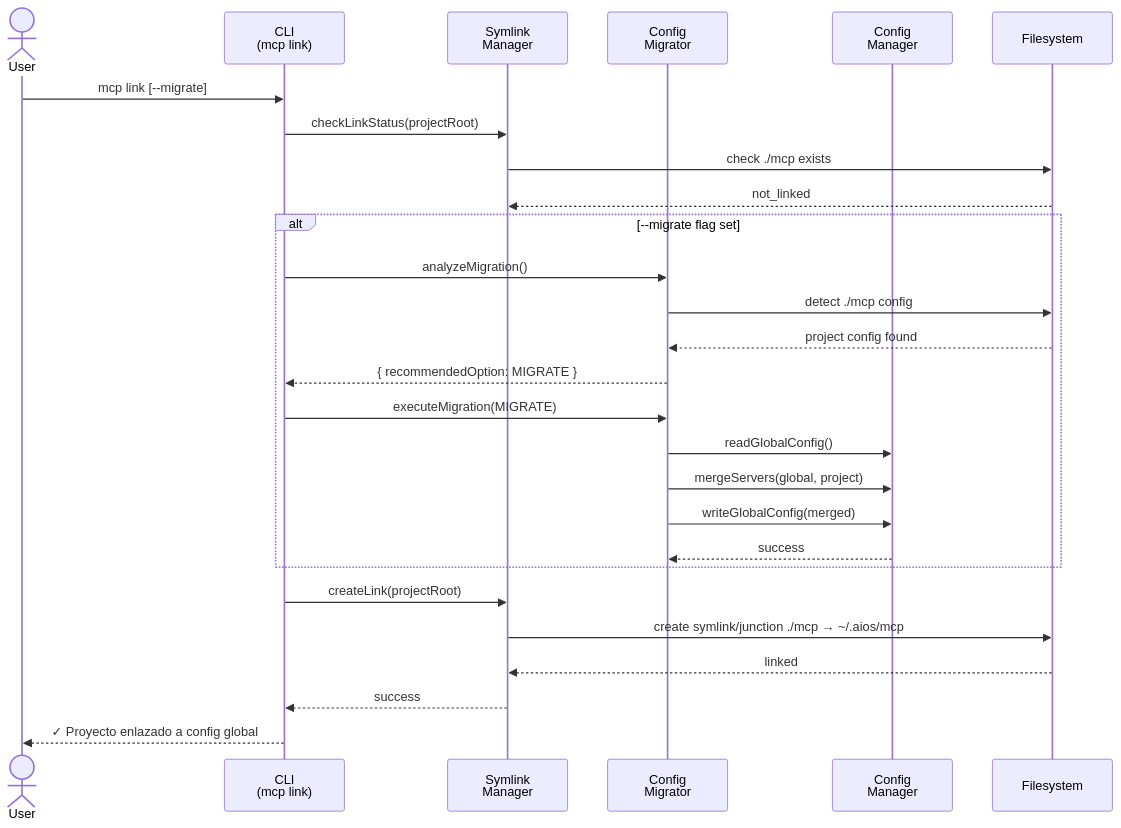
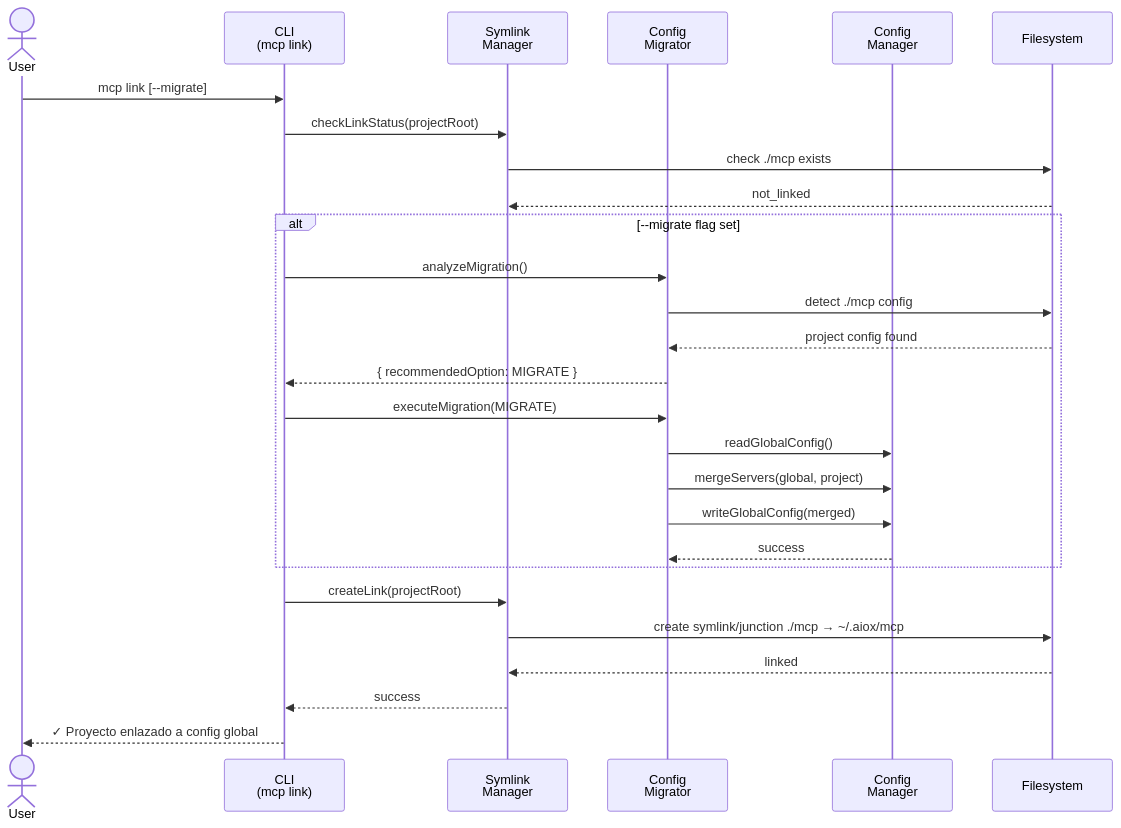
Before and after one commit to brunajunckes/aiox-core: the second of 2 diagrams in docs/es/architecture/mcp-system-diagrams.md, drawn with Mermaid. The commit also changed other lines of this file and 3446 other files, not shown here.

First line of the commit message:
chore: rebrand aios → aiox across entire codebase (#552)

````diff
--- a/docs/es/architecture/mcp-system-diagrams.md
+++ b/docs/es/architecture/mcp-system-diagrams.md
@@ -45,30 +45,30 @@
 ```mermaid
 sequenceDiagram
     actor User
     participant CLI as CLI<br/>(mcp link)
     participant Symlink as Symlink<br/>Manager
     participant Migrator as Config<br/>Migrator
     participant Mgr as Config<br/>Manager
     participant FS as Filesystem
 
     User->>CLI: mcp link [--migrate]
     CLI->>Symlink: checkLinkStatus(projectRoot)
     Symlink->>FS: check ./mcp exists
     FS-->>Symlink: not_linked
     alt --migrate flag set
         CLI->>Migrator: analyzeMigration()
         Migrator->>FS: detect ./mcp config
         FS-->>Migrator: project config found
         Migrator-->>CLI: { recommendedOption: MIGRATE }
         CLI->>Migrator: executeMigration(MIGRATE)
         Migrator->>Mgr: readGlobalConfig()
         Migrator->>Mgr: mergeServers(global, project)
         Migrator->>Mgr: writeGlobalConfig(merged)
         Mgr-->>Migrator: success
     end
     CLI->>Symlink: createLink(projectRoot)
-    Symlink->>FS: create symlink/junction ./mcp → ~/.aios/mcp
+    Symlink->>FS: create symlink/junction ./mcp → ~/.aiox/mcp
     FS-->>Symlink: linked
     Symlink-->>CLI: success
     CLI-->>User: ✓ Proyecto enlazado a config global
 ```
````
